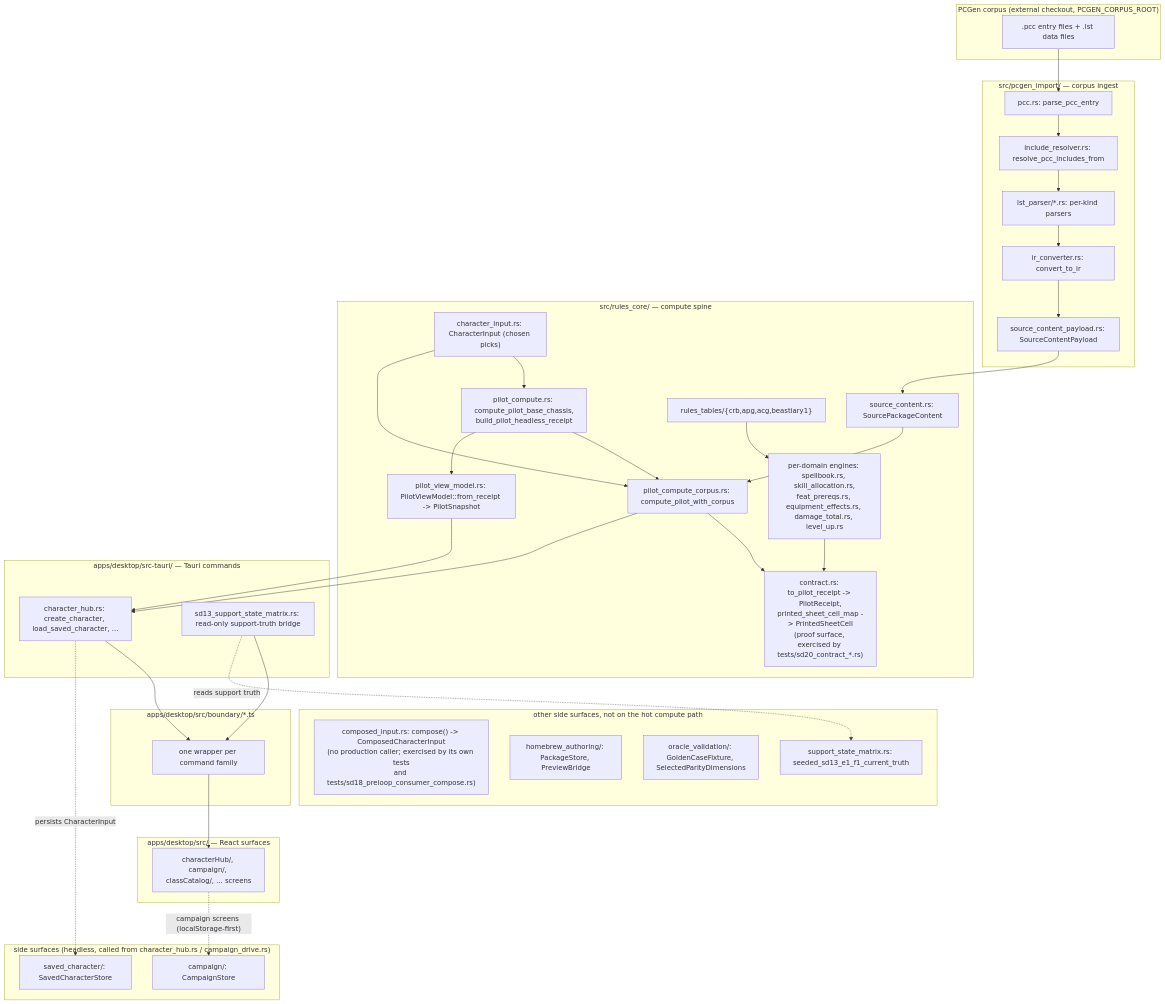
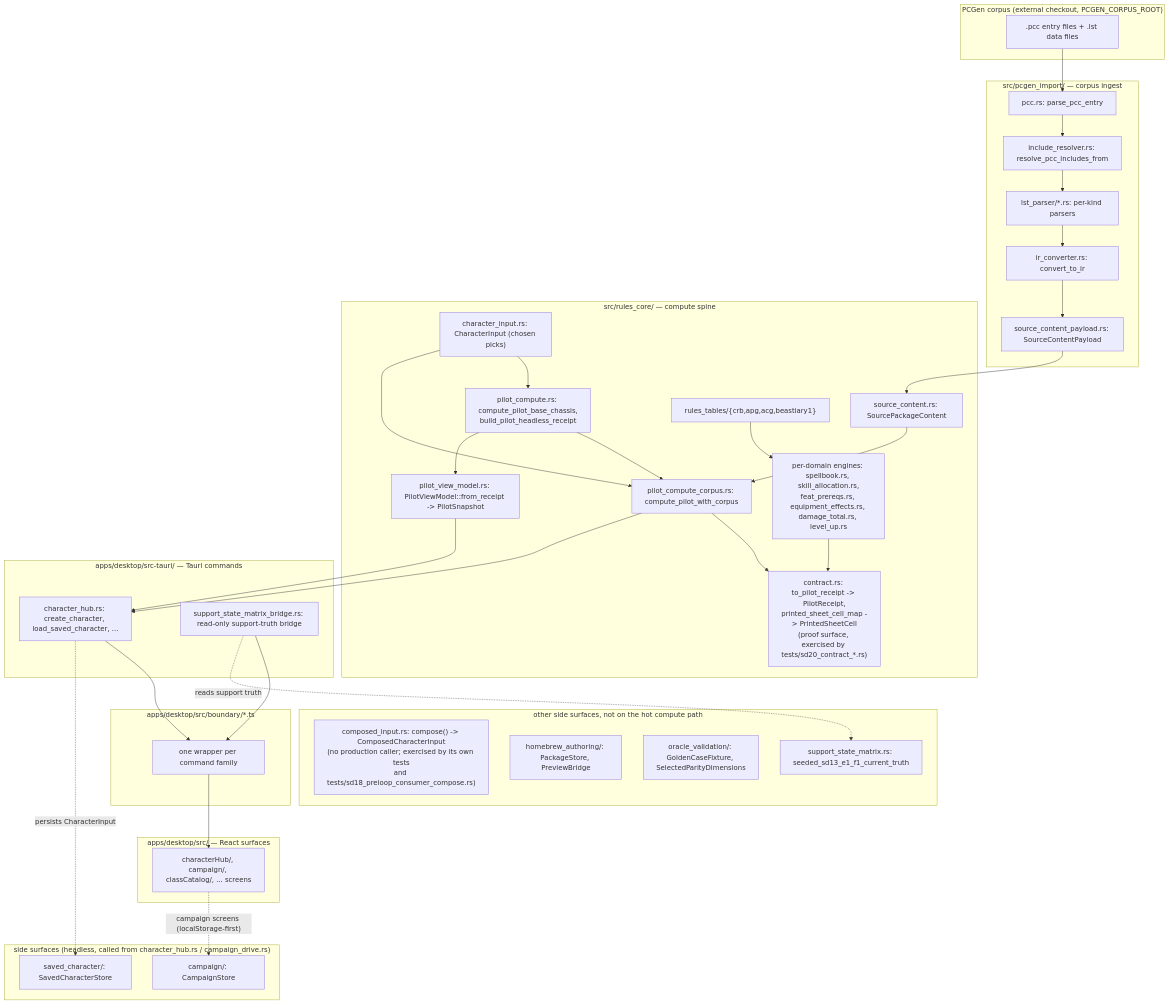
The diagram in docs/architecture/overview.md (electricm0nk/codex), drawn with Mermaid before and after one commit. The commit also changed other lines of this file and 12 other files, not shown here.

First line of the commit message:
docs(sd25): criterion 8.2 architecture truth-up + graphify-update

````diff
--- a/docs/architecture/overview.md
+++ b/docs/architecture/overview.md
@@ -57,67 +57,67 @@
 ```mermaid
 flowchart TD
     subgraph corpus["PCGen corpus (external checkout, PCGEN_CORPUS_ROOT)"]
         PCC[".pcc entry files + .lst data files"]
     end
 
     subgraph ingest["src/pcgen_import/ — corpus ingest"]
         PCCRS["pcc.rs: parse_pcc_entry"]
         INC["include_resolver.rs: resolve_pcc_includes_from"]
         LST["lst_parser/*.rs: per-kind parsers"]
         IRC["ir_converter.rs: convert_to_ir"]
         SCP["source_content_payload.rs: SourceContentPayload"]
     end
 
     subgraph rulescore["src/rules_core/ — compute spine"]
         SC["source_content.rs: SourcePackageContent"]
         CI["character_input.rs: CharacterInput (chosen picks)"]
         PC["pilot_compute.rs: compute_pilot_base_chassis,\nbuild_pilot_headless_receipt"]
         PCC2["pilot_compute_corpus.rs: compute_pilot_with_corpus"]
         VM["pilot_view_model.rs: PilotViewModel::from_receipt -> PilotSnapshot"]
         DOMAIN["per-domain engines: spellbook.rs, skill_allocation.rs,\nfeat_prereqs.rs, equipment_effects.rs, damage_total.rs, level_up.rs"]
         TABLES["rules_tables/{crb,apg,acg,beastiary1}"]
         CONTRACT["contract.rs: to_pilot_receipt -> PilotReceipt,\nprinted_sheet_cell_map -> PrintedSheetCell\n(proof surface, exercised by tests/sd20_contract_*.rs)"]
     end
 
     subgraph tauri["apps/desktop/src-tauri/ — Tauri commands"]
         CH["character_hub.rs: create_character, load_saved_character, ..."]
-        SD13B["sd13_support_state_matrix.rs: read-only support-truth bridge"]
+        SD13B["support_state_matrix_bridge.rs: read-only support-truth bridge"]
     end
 
     subgraph boundary["apps/desktop/src/boundary/*.ts"]
         BND["one wrapper per command family"]
     end
 
     subgraph react["apps/desktop/src/ — React surfaces"]
         UI["characterHub/, campaign/, classCatalog/, ... screens"]
     end
 
     PCC --> PCCRS --> INC --> LST --> IRC --> SCP --> SC
     CI --> PC
     CI --> PCC2
     SC --> PCC2
     PC --> PCC2
     TABLES --> DOMAIN
     PCC2 --> CONTRACT
     DOMAIN --> CONTRACT
     PC --> VM
     VM --> CH
     PCC2 --> CH
     CH --> BND --> UI
     SD13B --> BND
 
     subgraph persist["side surfaces (headless, called from character_hub.rs / campaign_drive.rs)"]
         SAVED["saved_character/: SavedCharacterStore"]
         CAMP["campaign/: CampaignStore"]
     end
     CH -.persists CharacterInput.-> SAVED
     UI -.campaign screens (localStorage-first).-> CAMP
 
     subgraph side["other side surfaces, not on the hot compute path"]
         COMP["composed_input.rs: compose() -> ComposedCharacterInput\n(no production caller; exercised by its own tests\nand tests/sd18_preloop_consumer_compose.rs)"]
         HB["homebrew_authoring/: PackageStore, PreviewBridge"]
         OV["oracle_validation/: GoldenCaseFixture, SelectedParityDimensions"]
         SSM["support_state_matrix.rs: seeded_sd13_e1_f1_current_truth"]
     end
     SD13B -.reads support truth.-> SSM
 ```
````
